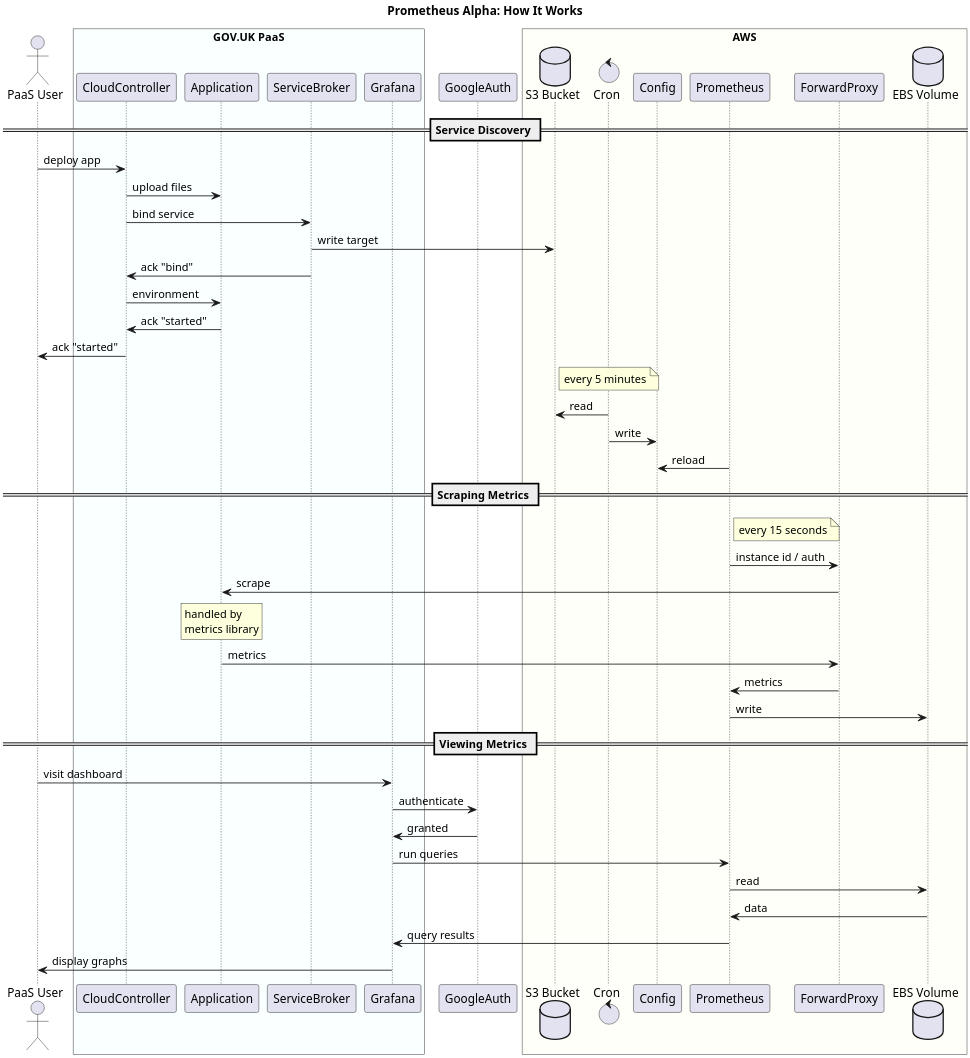
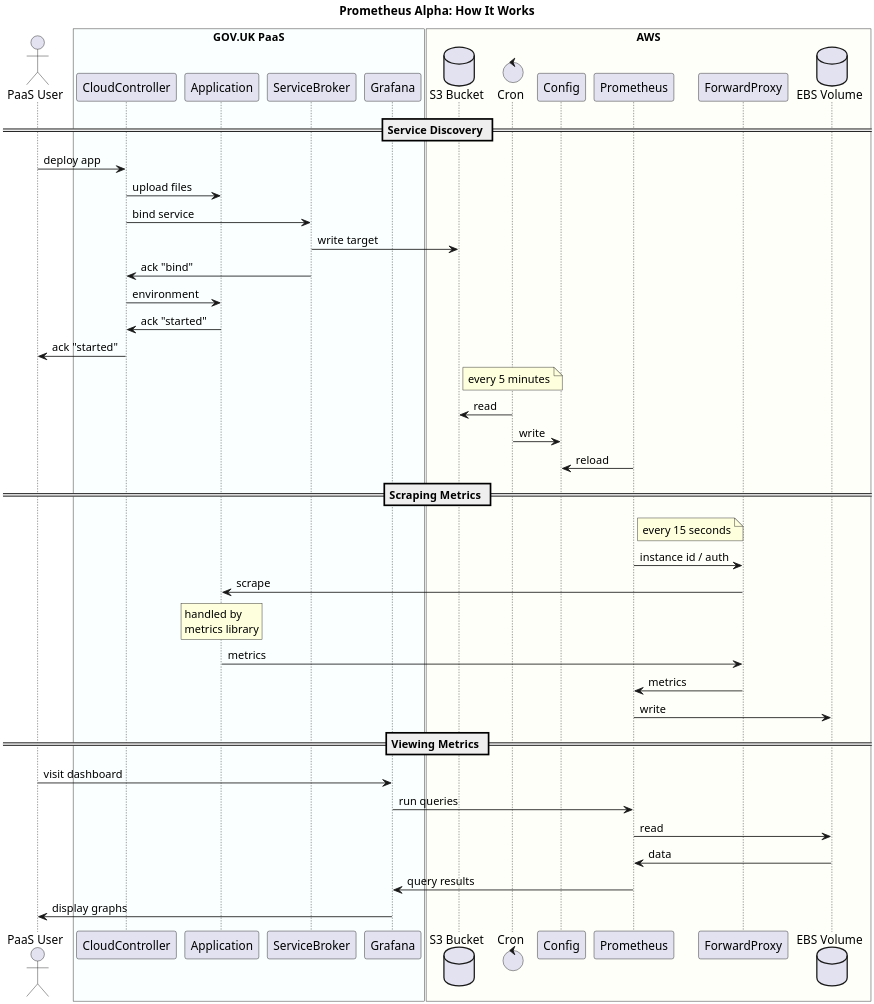
One commit to alphagov/monitoring-doc changed the diagram in diagrams/prometheus-alpha-how-it-works.puml. Above: the diagram before and after it, drawn with PlantUML. The commit also changed 1 other file, not shown here.

Commit message:
Remove google auth from diagram
This is a minor step and it’s probably not worth
including it for the sake of simplicity.

```diff
--- a/diagrams/prometheus-alpha-how-it-works.puml
+++ b/diagrams/prometheus-alpha-how-it-works.puml
@@ -1,66 +1,62 @@
 @startuml
 
 skinparam dpi 300
 
 title Prometheus Alpha: How It Works
 
 == Service Discovery ==
 
 actor user as "PaaS User"
 
 box "GOV.UK PaaS" #faffff
     participant controller as "CloudController"
     participant app as "Application"
     participant broker as "ServiceBroker"
     participant grafana as "Grafana"
 end box
-
-participant google as "GoogleAuth"
 
 box "AWS" #fffffa
     database bucket as "S3 Bucket"
     control cron as "Cron"
     participant config as "Config"
     participant prometheus as "Prometheus"
     participant proxy as "ForwardProxy"
     database volume as "EBS Volume"
 end box
 
 user -> controller : deploy app
 controller -> app : upload files
 controller -> broker : bind service
 broker -> bucket : write target
 broker -> controller : ack "bind"
 controller -> app : environment
 app -> controller : ack "started"
 controller -> user : ack "started"
 note over cron : every 5 minutes
 cron -> bucket : read
 cron -> config : write
 prometheus -> config : reload
 
 == Scraping Metrics ==
 
 note right of prometheus : every 15 seconds
 prometheus -> proxy : instance id / auth
 proxy -> app : scrape
 rnote over app
     handled by
     metrics library
 endrnote
 app -> proxy : metrics
 proxy -> prometheus : metrics
 prometheus -> volume : write
 
 == Viewing Metrics ==
 
 user -> grafana : visit dashboard
-grafana -> google : authenticate
-google -> grafana : granted
 grafana -> prometheus : run queries
 prometheus -> volume : read
 volume -> prometheus : data
 prometheus -> grafana : query results
 grafana -> user : display graphs
 
 @enduml
```
